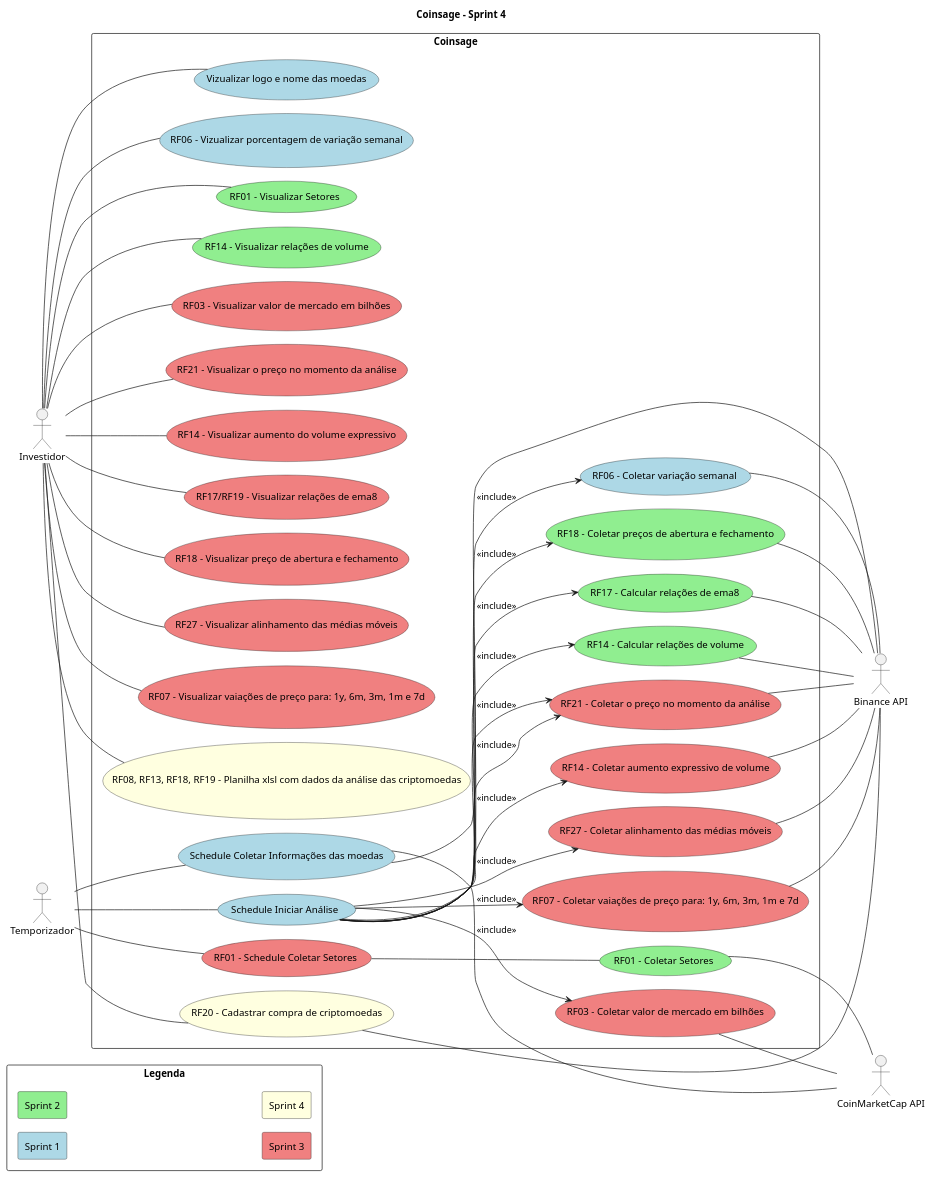
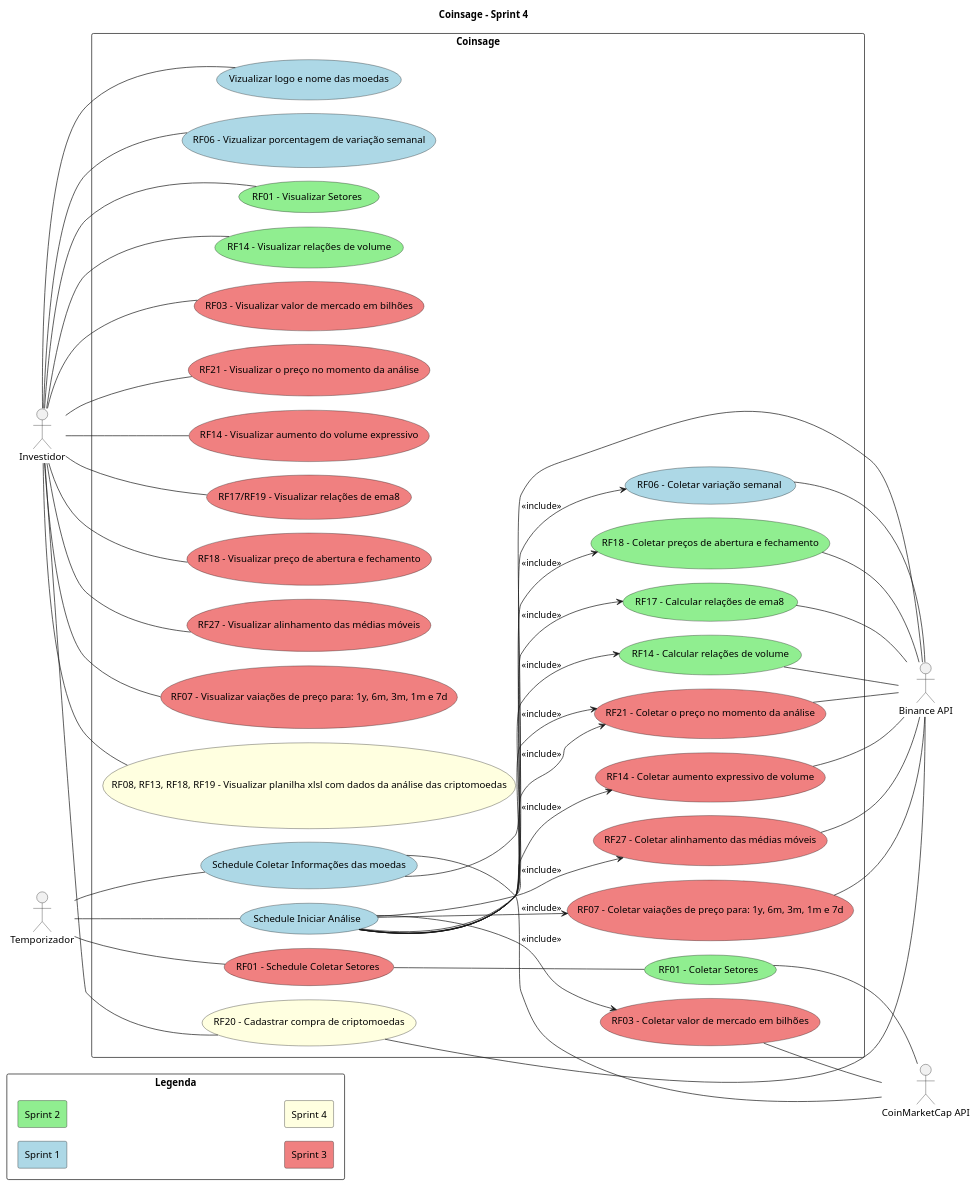
The diagram in Artefatos/diagramas/casos_de_uso/use_cases.plantuml (ICEI-PUC-Minas-PPLES-TI/plf-es-2024-1-ti3-8981100-coinsage), drawn with PlantUML before and after one commit. The commit also changed 4 other files, not shown here.

```diff
--- a/Artefatos/diagramas/casos_de_uso/use_cases.plantuml
+++ b/Artefatos/diagramas/casos_de_uso/use_cases.plantuml
@@ -1,118 +1,118 @@
 @startuml
 title Coinsage - Sprint 4
 
 left to right direction
 actor "Investidor" as investor
 actor "Temporizador" as schedule
 actor "Binance API" as binance
 actor "CoinMarketCap API" as cmc
 
 rectangle "Legenda"{
     skinparam minClassWidth 10
     skinparam nodesep 1
     skinparam ranksep 1
 
     rectangle "Sprint 1" #LightBlue
     rectangle "Sprint 2" #LightGreen
     rectangle "Sprint 3" #LightCoral
     rectangle "Sprint 4" #LightYellow
     ' rectangle "Sprint 5" #LightPink
 }
 
 rectangle "Coinsage"{
     skinparam nodesep 20
 
     ' Schedules use cases
     ' Sp1
     usecase "Schedule Coletar Informações das moedas" as sch_cripto_info #LightBlue
     usecase "Schedule Iniciar Análise" as sch_analysis #LightBlue
     ' Sp3
     usecase "RF01 - Schedule Coletar Setores" as sch_sectors #LightCoral /' Should be sprint 2 but not ended '/
 
     ' Analyse use cases
     ' Sp1
     usecase "RF06 - Coletar variação semanal" as collect_cripto_week_incresse #LightBlue
     ' Sp2
     usecase "RF01 - Coletar Setores" as collect_sectors #LightGreen
     usecase "RF18 - Coletar preços de abertura e fechamento" as collect_cripto_open_close #LightGreen
     usecase "RF17 - Calcular relações de ema8" as collect_ema8_relations #LightGreen
     usecase "RF14 - Calcular relações de volume" as collect_volume_relations #LightGreen
     ' Sp3
     usecase "RF03 - Coletar valor de mercado em bilhões" as collect_market_cap #LightCoral /' Should be sprint 2 but not ended '/
     usecase "RF21 - Coletar o preço no momento da análise" as collect_cripto_current_price #LightCoral /' Should be sprint 2 but not ended '/
     usecase "RF14 - Coletar aumento expressivo de volume" as collect_expressive_volume_date #LightCoral /' Should be sprint 2 but not ended '/
     usecase "RF27 - Coletar alinhamento das médias móveis" as collect_emas_aligned #LightCoral
     usecase "RF07 - Coletar vaiações de preço para: 1y, 6m, 3m, 1m e 7d" as collect_cripto_price_variations #LightCoral
 
     ' Report use cases
     ' Sp1
     usecase "Vizualizar logo e nome das moedas" as view_cripto_info #LightBlue
     usecase "RF06 - Vizualizar porcentagem de variação semanal" as view_cripto_week_incresse #LightBlue
     ' Sp2
     usecase "RF01 - Visualizar Setores" as view_sectors #LightGreen
     usecase "RF14 - Visualizar relações de volume" as view_volume_relations #LightGreen
     ' Sp3
     usecase "RF03 - Visualizar valor de mercado em bilhões" as view_market_cap #LightCoral /' Should be sprint 2 but not ended '/
     usecase "RF21 - Visualizar o preço no momento da análise" as view_cripto_current_price #LightCoral /' Should be sprint 2 but not ended '/
     usecase "RF14 - Visualizar aumento do volume expressivo" as view_expressive_volume_increase #LightCoral /' Should be sprint 2 but not ended '/
     usecase "RF17/RF19 - Visualizar relações de ema8" as view_ema8_relations #LightCoral /' Should be sprint 2 but not ended '/
     usecase "RF18 - Visualizar preço de abertura e fechamento" as view_cripto_open_close #LightCoral /' Should be sprint 2 but not ended '/
     usecase "RF27 - Visualizar alinhamento das médias móveis" as view_emas_aligned #LightCoral
     usecase "RF07 - Visualizar vaiações de preço para: 1y, 6m, 3m, 1m e 7d" as view_cripto_price_variations #LightCoral
 
     ' Wallet usecases
     ' Sp4
     usecase "RF20 - Cadastrar compra de criptomoedas" as register_cripto #LightYellow
-    usecase "RF08, RF13, RF18, RF19 - Planilha xlsl com dados da análise das criptomoedas" as view_xlsl #LightYellow
+    usecase "RF08, RF13, RF18, RF19 - Visualizar planilha xlsl com dados da análise das criptomoedas" as view_xlsl #LightYellow
 }
 
 ' Schedules use cases
 schedule -- sch_analysis
 schedule -- sch_cripto_info
 schedule -- sch_sectors
 
 ' APIS use cases
 register_cripto -- binance
 sch_cripto_info -- binance
 sch_cripto_info -- cmc
 collect_cripto_week_incresse -- binance
 collect_cripto_current_price -- binance
 collect_cripto_open_close -- binance
 collect_ema8_relations -- binance
 collect_volume_relations -- binance
 collect_expressive_volume_date -- binance
 collect_market_cap -- cmc
 collect_emas_aligned -- binance
 collect_cripto_price_variations -- binance
 sch_sectors -- collect_sectors
 collect_sectors -- cmc
 
 ' Investor use cases
 investor -- view_sectors
 investor -- view_cripto_info
 investor -- view_cripto_week_incresse
 investor -- view_cripto_current_price
 investor -- view_cripto_open_close
 investor -- view_ema8_relations
 investor -- view_volume_relations
 investor -- view_expressive_volume_increase
 investor -- view_market_cap
 investor -- view_emas_aligned
 investor -- view_cripto_price_variations
 investor -- view_xlsl
 investor -- register_cripto
 
 
 ' Use cases relations
 sch_analysis --> collect_cripto_week_incresse  : <<include>>
 sch_analysis --> collect_cripto_current_price  : <<include>>
 sch_analysis --> collect_cripto_open_close  : <<include>>
 sch_analysis --> collect_ema8_relations  : <<include>>
 sch_analysis --> collect_volume_relations  : <<include>>
 sch_analysis --> collect_expressive_volume_date : <<include>>
 sch_analysis --> collect_market_cap : <<include>>
 sch_analysis --> collect_cripto_current_price : <<include>>
 sch_analysis --> collect_emas_aligned : <<include>>
 sch_analysis --> collect_cripto_price_variations : <<include>>
 
 @enduml
```
